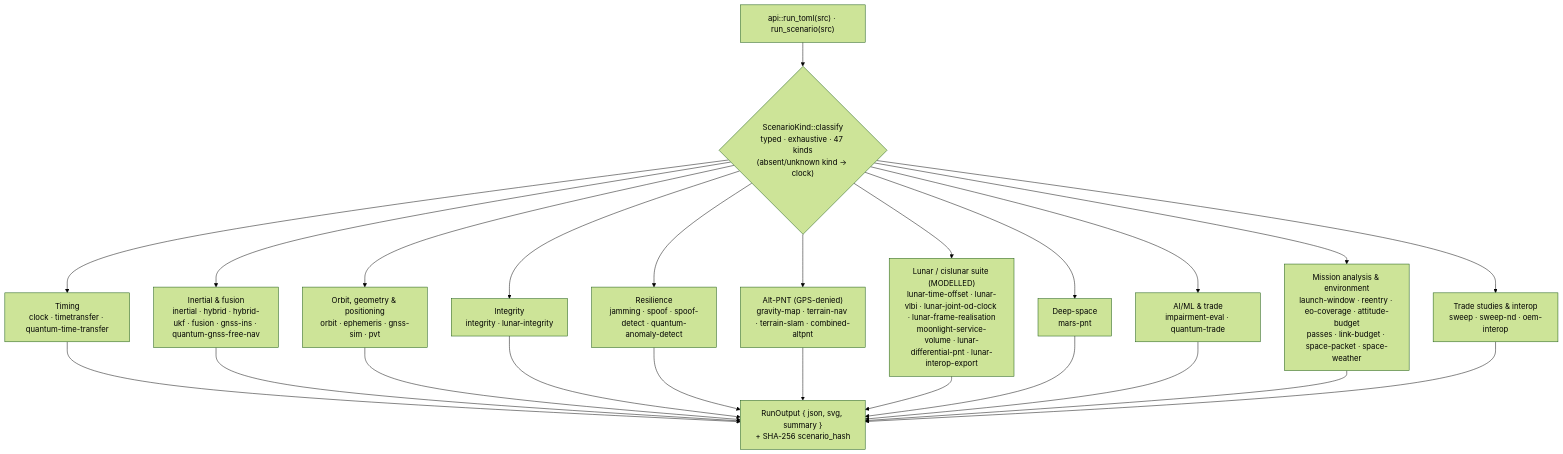
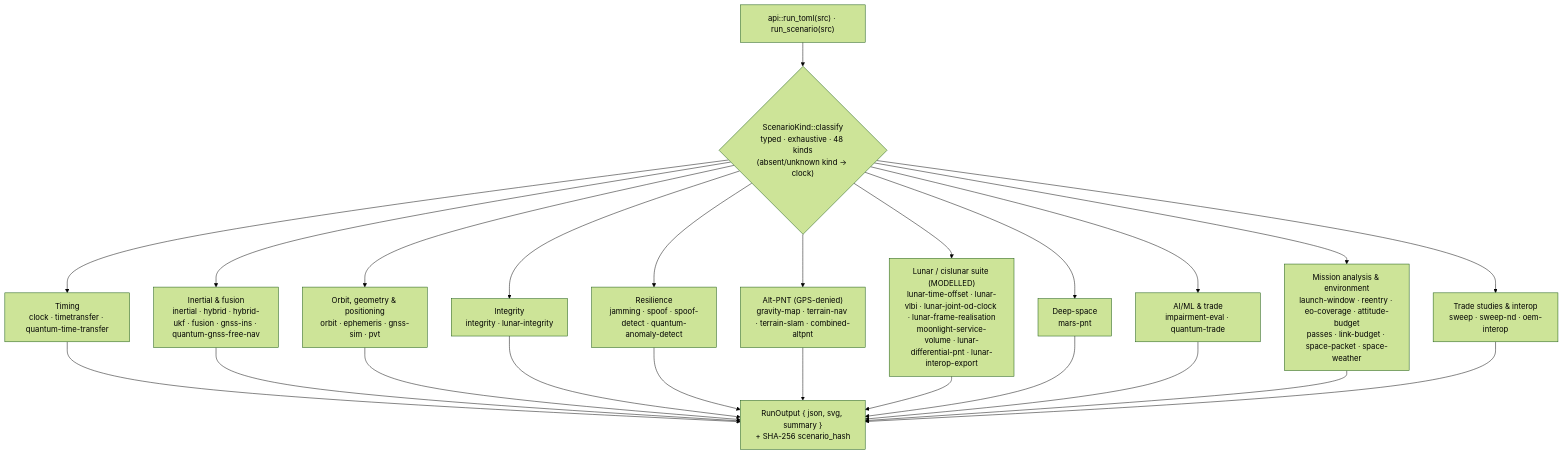
Before and after one commit to ashfordeOU/kshana: the seventh of 11 diagrams in docs/ARCHITECTURE.md, drawn with Mermaid (forest theme). The commit also changed other lines of this file and 10 other files, not shown here.

````diff
--- a/docs/ARCHITECTURE.md
+++ b/docs/ARCHITECTURE.md
@@ -406,16 +406,16 @@
 ```mermaid
 flowchart TD
-    F["api::run_toml(src) · run_scenario(src)"] --> K{"ScenarioKind::classify<br/>typed · exhaustive · 47 kinds<br/>(absent/unknown kind → clock)"}
+    F["api::run_toml(src) · run_scenario(src)"] --> K{"ScenarioKind::classify<br/>typed · exhaustive · 48 kinds<br/>(absent/unknown kind → clock)"}
     K --> G1["Timing<br/>clock · timetransfer · quantum-time-transfer"]
     K --> G2["Inertial & fusion<br/>inertial · hybrid · hybrid-ukf · fusion · gnss-ins · quantum-gnss-free-nav"]
     K --> G3["Orbit, geometry & positioning<br/>orbit · ephemeris · gnss-sim · pvt"]
     K --> G4["Integrity<br/>integrity · lunar-integrity"]
     K --> G5["Resilience<br/>jamming · spoof · spoof-detect · quantum-anomaly-detect"]
     K --> G6["Alt-PNT (GPS-denied)<br/>gravity-map · terrain-nav · terrain-slam · combined-altpnt"]
     K --> G7["Lunar / cislunar suite (MODELLED)<br/>lunar-time-offset · lunar-vlbi · lunar-joint-od-clock · lunar-frame-realisation<br/>moonlight-service-volume · lunar-differential-pnt · lunar-interop-export"]
     K --> G8["Deep-space<br/>mars-pnt"]
     K --> G9["AI/ML & trade<br/>impairment-eval · quantum-trade"]
     K --> G10["Mission analysis & environment<br/>launch-window · reentry · eo-coverage · attitude-budget<br/>passes · link-budget · space-packet · space-weather"]
     K --> G11["Trade studies & interop<br/>sweep · sweep-nd · oem-interop"]
     G1 & G2 & G3 & G4 & G5 & G6 & G7 & G8 & G9 & G10 & G11 --> W["RunOutput { json, svg, summary }<br/>+ SHA-256 scenario_hash"]
 ```
````
